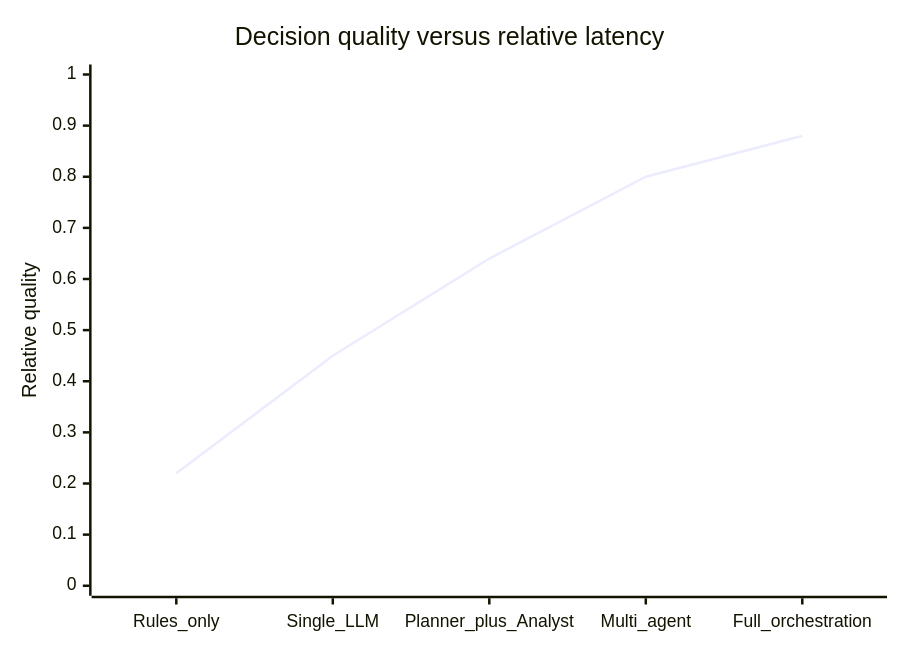
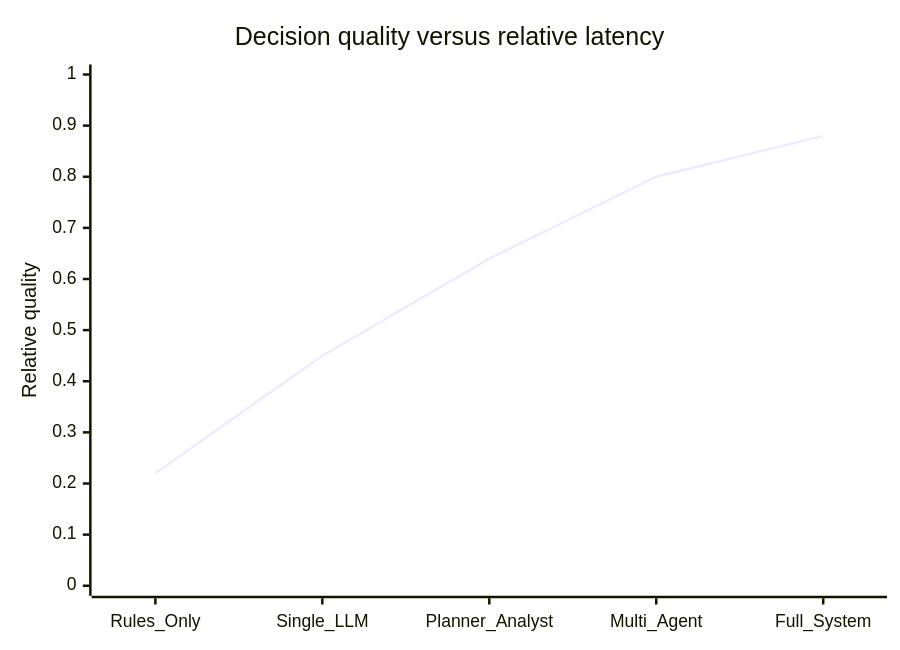
The third of 3 diagrams in forecasting-engine-whitepaper.md (goku54477/aimbot-ai-frontend), drawn with Mermaid before and after one commit. The commit also changed other lines of this file and 1 other file, not shown here.

Commit message:
fix: adjust mermaid chart width and label sizes

````diff
--- a/forecasting-engine-whitepaper.md
+++ b/forecasting-engine-whitepaper.md
@@ -123,7 +123,7 @@
 ```mermaid
 xychart-beta
     title "Decision quality versus relative latency"
-    x-axis [Rules_only, Single_LLM, Planner_plus_Analyst, Multi_agent, Full_orchestration]
+    x-axis [Rules_Only, Single_LLM, Planner_Analyst, Multi_Agent, Full_System]
     y-axis "Relative quality" 0 --> 1.0
     line [0.22, 0.45, 0.64, 0.80, 0.88]
 ```
````
